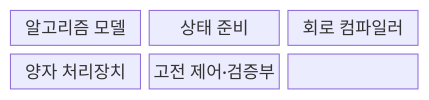
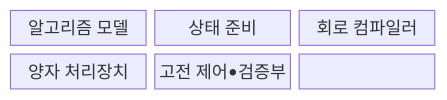
One commit to agnusdei1207/knowledge-base changed the first of 2 diagrams in src/content/docs/notes/08-latest-tech/212_quantum_computing.md. Above: the diagram before and after it, drawn with Mermaid. The commit also changed other lines of this file and 953 other files, not shown here.

````diff
--- a/src/content/docs/notes/08-latest-tech/212_quantum_computing.md
+++ b/src/content/docs/notes/08-latest-tech/212_quantum_computing.md
@@ -70,11 +70,11 @@
 ```mermaid
 block-beta
   columns 3
   N0["알고리즘 모델"]
   N1["상태 준비"]
   N2["회로 컴파일러"]
   N3["양자 처리장치"]
-  N4["고전 제어·검증부"]
+  N4["고전 제어•검증부"]
   N0 --- N1 --- N2
   N2 --- N3 --- N4
 ```
````
